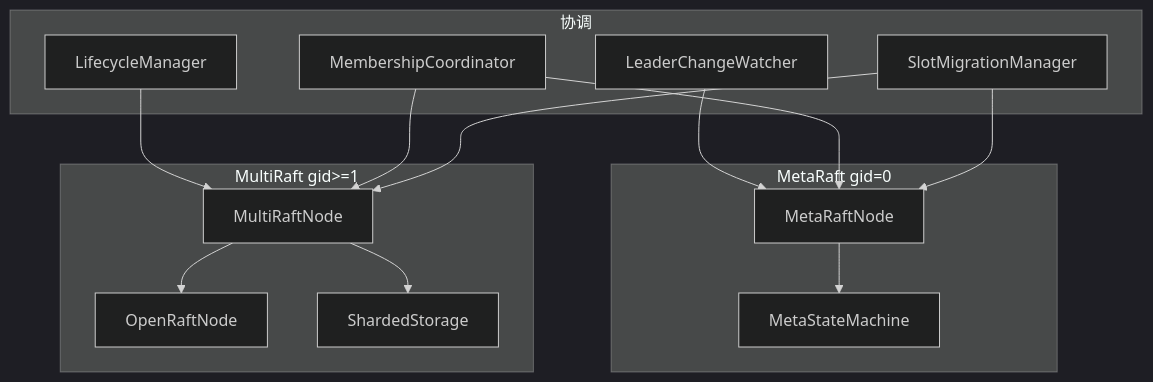
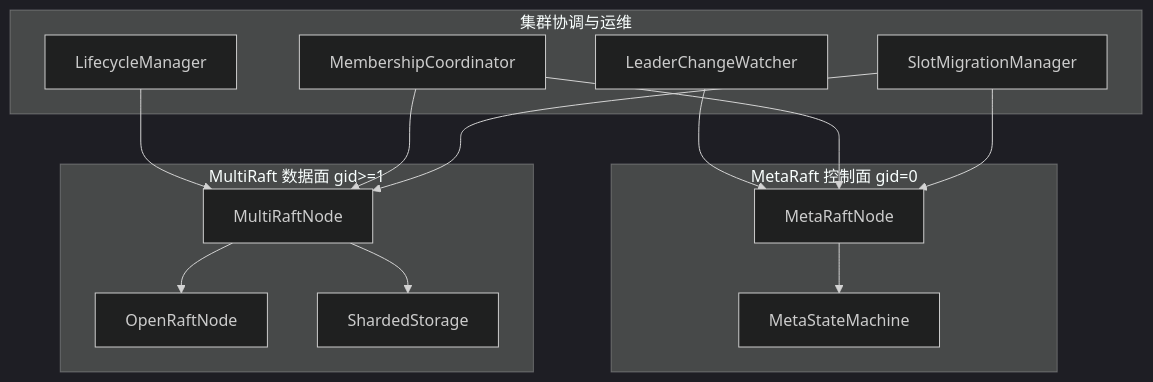
The first of 4 diagrams in docs/modules/03-cluster.md (Genuineh/AiDb), drawn with Mermaid (dark theme) before and after one commit. The commit also changed other lines of this file and 15 other files, not shown here.

````diff
--- a/docs/modules/03-cluster.md
+++ b/docs/modules/03-cluster.md
@@ -25,27 +23,27 @@
 ```mermaid
 flowchart TB
-  subgraph ctrl [MetaRaft gid=0]
-    MR[MetaRaftNode]
-    MSM[MetaStateMachine]
-  end
-  subgraph data [MultiRaft gid>=1]
-    MRN[MultiRaftNode]
-    ORN[OpenRaftNode]
-    SS[ShardedStorage]
-  end
-  subgraph coord [协调]
-    LM[LifecycleManager]
-    LW[LeaderChangeWatcher]
-    MC[MembershipCoordinator]
-    SM[SlotMigrationManager]
-  end
-  MR --> MSM
-  MRN --> ORN
-  MRN --> SS
-  LM --> MRN
-  LW --> MR
-  MC --> MR
-  MC --> MRN
-  SM --> MR
-  SM --> MRN
+    subgraph ctrl [MetaRaft 控制面 gid=0]
+        MR[MetaRaftNode]
+        MSM[MetaStateMachine]
+    end
+    subgraph data [MultiRaft 数据面 gid>=1]
+        MRN[MultiRaftNode]
+        ORN[OpenRaftNode]
+        SS[ShardedStorage]
+    end
+    subgraph coord [集群协调与运维]
+        LM[LifecycleManager]
+        LW[LeaderChangeWatcher]
+        MC[MembershipCoordinator]
+        SM[SlotMigrationManager]
+    end
+    MR --> MSM
+    MRN --> ORN
+    MRN --> SS
+    LM --> MRN
+    LW --> MR
+    MC --> MR
+    MC --> MRN
+    SM --> MR
+    SM --> MRN
 ```
````
